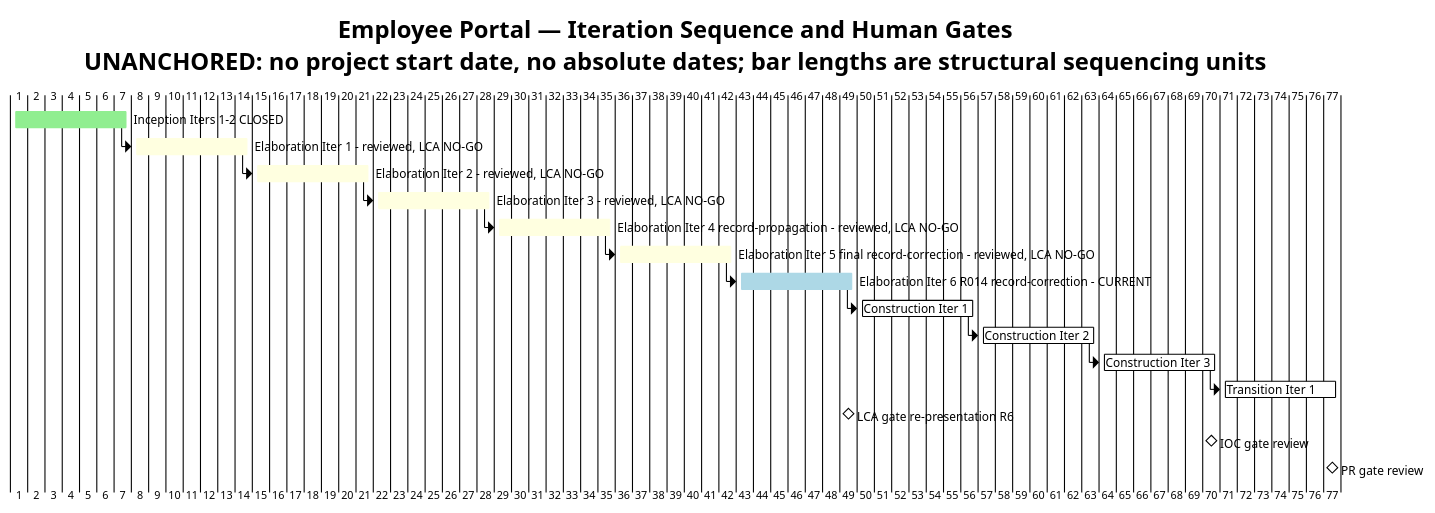
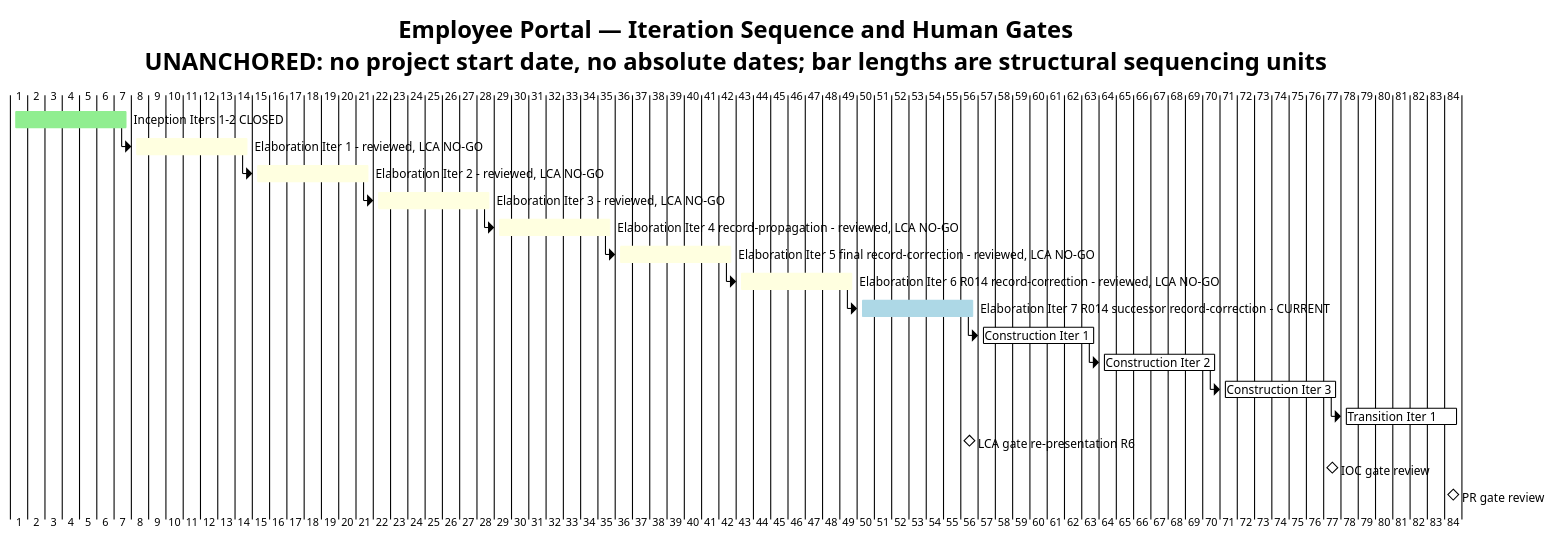
Before and after one commit to banense-test/employee-portal: the first of 2 diagrams in docs/artifacts/project-management/iteration-plan.md, drawn with PlantUML. The commit also changed other lines of this file, not shown here.

````diff
--- a/docs/artifacts/project-management/iteration-plan.md
+++ b/docs/artifacts/project-management/iteration-plan.md
@@ -53,49 +55,53 @@
 ```plantuml
 @startgantt
 !theme plain
 title Employee Portal — Iteration Sequence and Human Gates\nUNANCHORED: no project start date, no absolute dates; bar lengths are structural sequencing units
 
 [Inception Iters 1-2 CLOSED] lasts 7 days
 [Inception Iters 1-2 CLOSED] is colored in lightgreen
 
 [Elaboration Iter 1 - reviewed, LCA NO-GO] lasts 7 days
 [Elaboration Iter 1 - reviewed, LCA NO-GO] starts at [Inception Iters 1-2 CLOSED]'s end
 [Elaboration Iter 1 - reviewed, LCA NO-GO] is colored in lightyellow
 
 [Elaboration Iter 2 - reviewed, LCA NO-GO] lasts 7 days
 [Elaboration Iter 2 - reviewed, LCA NO-GO] starts at [Elaboration Iter 1 - reviewed, LCA NO-GO]'s end
 [Elaboration Iter 2 - reviewed, LCA NO-GO] is colored in lightyellow
 
 [Elaboration Iter 3 - reviewed, LCA NO-GO] lasts 7 days
 [Elaboration Iter 3 - reviewed, LCA NO-GO] starts at [Elaboration Iter 2 - reviewed, LCA NO-GO]'s end
 [Elaboration Iter 3 - reviewed, LCA NO-GO] is colored in lightyellow
 
 [Elaboration Iter 4 record-propagation - reviewed, LCA NO-GO] lasts 7 days
 [Elaboration Iter 4 record-propagation - reviewed, LCA NO-GO] starts at [Elaboration Iter 3 - reviewed, LCA NO-GO]'s end
 [Elaboration Iter 4 record-propagation - reviewed, LCA NO-GO] is colored in lightyellow
 
 [Elaboration Iter 5 final record-correction - reviewed, LCA NO-GO] lasts 7 days
 [Elaboration Iter 5 final record-correction - reviewed, LCA NO-GO] starts at [Elaboration Iter 4 record-propagation - reviewed, LCA NO-GO]'s end
 [Elaboration Iter 5 final record-correction - reviewed, LCA NO-GO] is colored in lightyellow
 
-[Elaboration Iter 6 R014 record-correction - CURRENT] lasts 7 days
-[Elaboration Iter 6 R014 record-correction - CURRENT] starts at [Elaboration Iter 5 final record-correction - reviewed, LCA NO-GO]'s end
-[Elaboration Iter 6 R014 record-correction - CURRENT] is colored in lightblue
+[Elaboration Iter 6 R014 record-correction - reviewed, LCA NO-GO] lasts 7 days
+[Elaboration Iter 6 R014 record-correction - reviewed, LCA NO-GO] starts at [Elaboration Iter 5 final record-correction - reviewed, LCA NO-GO]'s end
+[Elaboration Iter 6 R014 record-correction - reviewed, LCA NO-GO] is colored in lightyellow
+
+[Elaboration Iter 7 R014 successor record-correction - CURRENT] lasts 7 days
+[Elaboration Iter 7 R014 successor record-correction - CURRENT] starts at [Elaboration Iter 6 R014 record-correction - reviewed, LCA NO-GO]'s end
+[Elaboration Iter 7 R014 successor record-correction - CURRENT] is colored in lightblue
 
 [Construction Iter 1] lasts 7 days
-[Construction Iter 1] starts at [Elaboration Iter 6 R014 record-correction - CURRENT]'s end
+[Construction Iter 1] starts at [Elaboration Iter 7 R014 successor record-correction - CURRENT]'s end
 
 [Construction Iter 2] lasts 7 days
 [Construction Iter 2] starts at [Construction Iter 1]'s end
 
 [Construction Iter 3] lasts 7 days
 [Construction Iter 3] starts at [Construction Iter 2]'s end
 
 [Transition Iter 1] lasts 7 days
 [Transition Iter 1] starts at [Construction Iter 3]'s end
 
-[LCA gate re-presentation R6] happens at [Elaboration Iter 6 R014 record-correction - CURRENT]'s end
+[LCA gate re-presentation R6] happens at [Elaboration Iter 7 R014 successor record-correction - CURRENT]'s end
 [IOC gate review] happens at [Construction Iter 3]'s end
 [PR gate review] happens at [Transition Iter 1]'s end
 @endgantt
 ```
````
